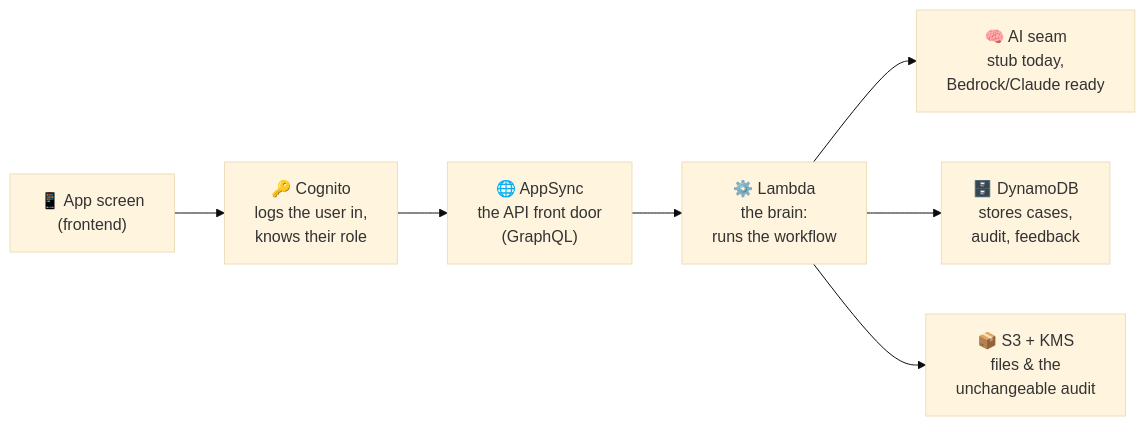
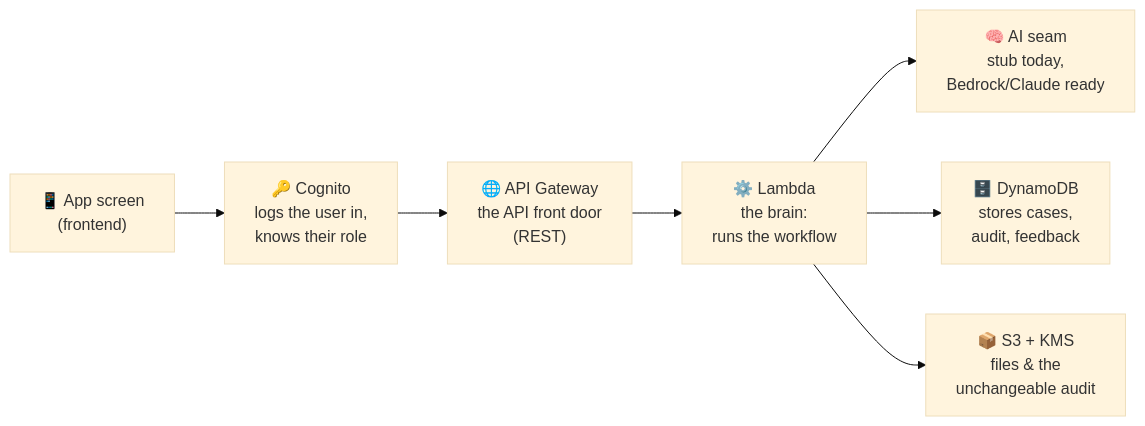
Before and after one commit to Abdulrahman-Kaddoura/Byters-aws-hackathon: the diagram in docs/README.md, drawn with Mermaid (base theme). The commit also changed other lines of this file and 18 other files, not shown here.

First line of the commit message:
Replace AppSync GraphQL API with API Gateway REST API

````diff
--- a/docs/README.md
+++ b/docs/README.md
@@ -51,9 +51,9 @@
 ```mermaid
 flowchart LR
     App["📱 App screen<br/>(frontend)"] --> Cognito["🔑 Cognito<br/>logs the user in,<br/>knows their role"]
-    Cognito --> AppSync["🌐 AppSync<br/>the API front door<br/>(GraphQL)"]
-    AppSync --> Lambda["⚙️ Lambda<br/>the brain:<br/>runs the workflow"]
+    Cognito --> ApiGw["🌐 API Gateway<br/>the API front door<br/>(REST)"]
+    ApiGw --> Lambda["⚙️ Lambda<br/>the brain:<br/>runs the workflow"]
     Lambda --> AI["🧠 AI seam<br/>stub today,<br/>Bedrock/Claude ready"]
     Lambda --> DDB["🗄️ DynamoDB<br/>stores cases,<br/>audit, feedback"]
     Lambda --> S3["📦 S3 + KMS<br/>files & the<br/>unchangeable audit"]
 ```
````
